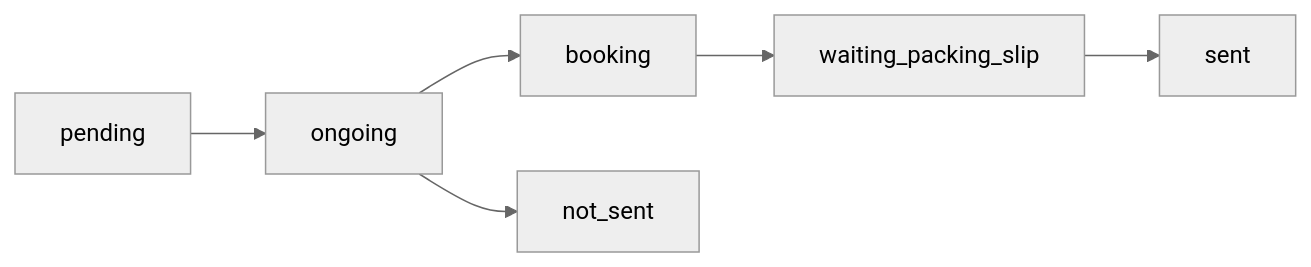
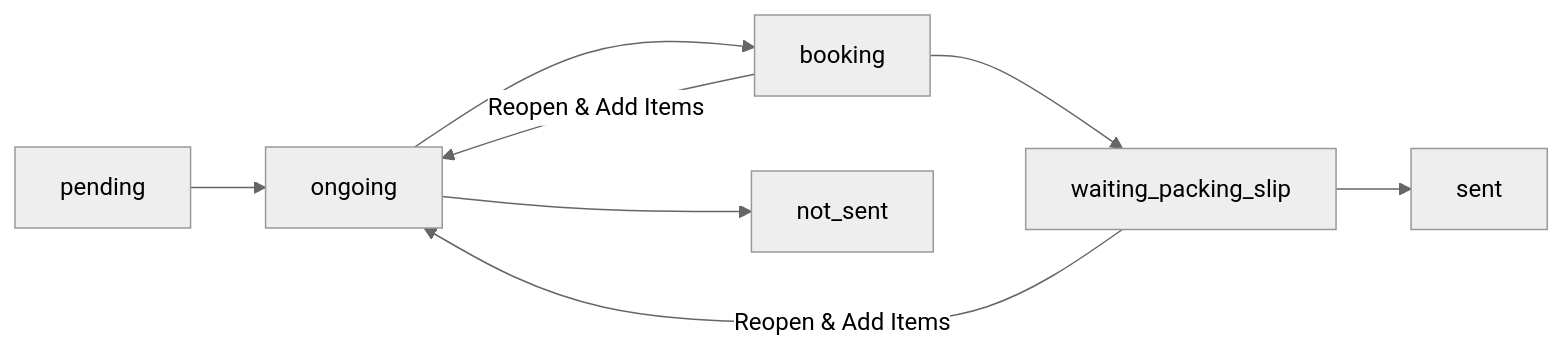
The diagram in docs/KISS-Web-User-Manual.md (ars1224/Kiss-Web), drawn with Mermaid (neutral theme) before and after one commit. The commit also changed other lines of this file and 78 other files, not shown here.

````diff
--- a/docs/KISS-Web-User-Manual.md
+++ b/docs/KISS-Web-User-Manual.md
@@ -740,8 +743,10 @@
 ```mermaid
 flowchart LR
     A["pending"] --> B["ongoing"]
     B --> C["booking"]
     B --> D["not_sent"]
+    C -->|"Reopen & Add Items"| B
     C --> E["waiting_packing_slip"]
+    E -->|"Reopen & Add Items"| B
     E --> F["sent"]
 ```
````
